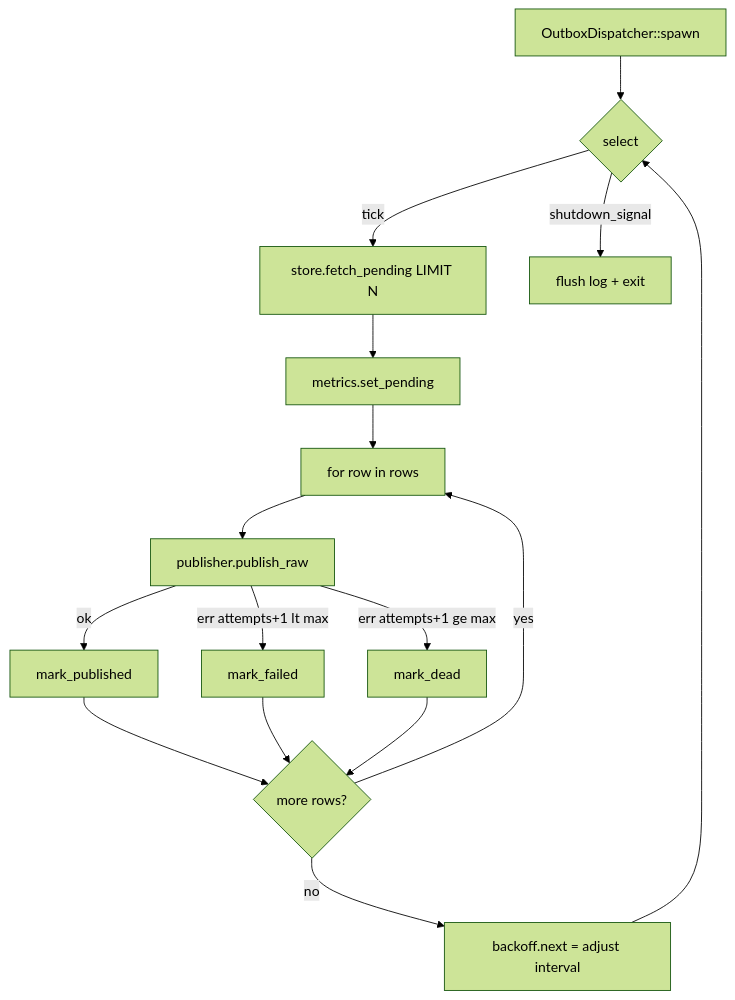
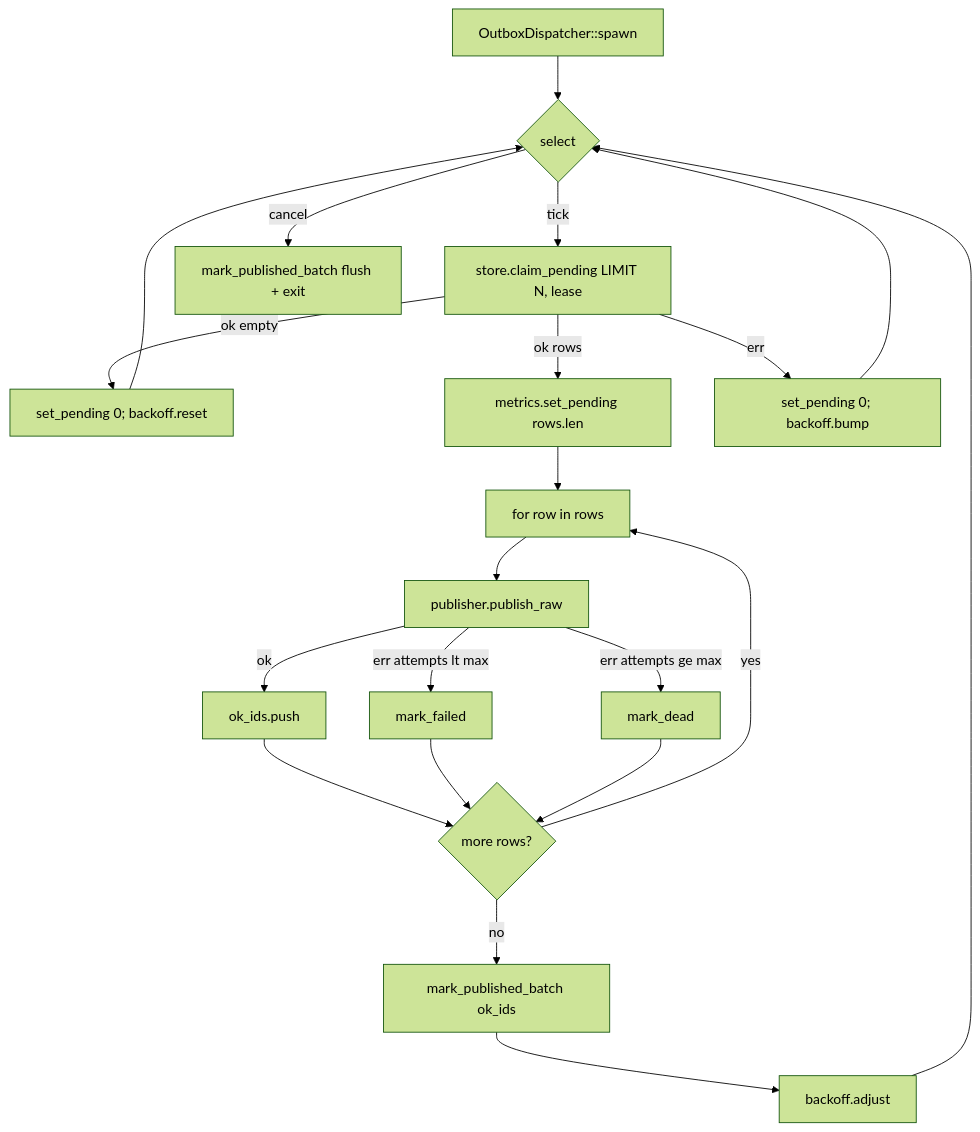
The diagram in docs/superpowers/specs/2026-05-04-outbox-dispatcher-design.md (scriptkid23/eventbus-rs), drawn with Mermaid (forest theme) before and after one commit. The commit also changed other lines of this file, not shown here.

First line of the commit message:
docs(spec): harden outbox dispatcher design (lease, dead-row recovery, header allow-list)

````diff
--- a/docs/superpowers/specs/2026-05-04-outbox-dispatcher-design.md
+++ b/docs/superpowers/specs/2026-05-04-outbox-dispatcher-design.md
@@ -205,18 +339,23 @@
 ```mermaid
 flowchart TD
     spawn[OutboxDispatcher::spawn] --> loop{select}
-    loop -->|tick| fetch[store.fetch_pending LIMIT N]
-    loop -->|shutdown_signal| exit[flush log + exit]
-    fetch --> set_pending[metrics.set_pending]
-    set_pending --> forrow[for row in rows]
+    loop -->|tick| claim[store.claim_pending LIMIT N, lease]
+    loop -->|cancel| exit[mark_published_batch flush + exit]
+    claim -->|ok empty| reset[set_pending 0; backoff.reset]
+    claim -->|ok rows| sp[metrics.set_pending rows.len]
+    claim -->|err| ze[set_pending 0; backoff.bump]
+    sp --> forrow[for row in rows]
     forrow --> pub[publisher.publish_raw]
-    pub -->|ok| marked[mark_published]
-    pub -->|err attempts+1 lt max| failed[mark_failed]
-    pub -->|err attempts+1 ge max| dead[mark_dead]
-    marked --> next{more rows?}
+    pub -->|ok| collect[ok_ids.push]
+    pub -->|err attempts lt max| failed[mark_failed]
+    pub -->|err attempts ge max| dead[mark_dead]
+    collect --> next{more rows?}
     failed --> next
     dead --> next
     next -->|yes| forrow
-    next -->|no| backoff[backoff.next = adjust interval]
+    next -->|no| flush[mark_published_batch ok_ids]
+    flush --> backoff[backoff.adjust]
     backoff --> loop
+    reset --> loop
+    ze --> loop
 ```
````
